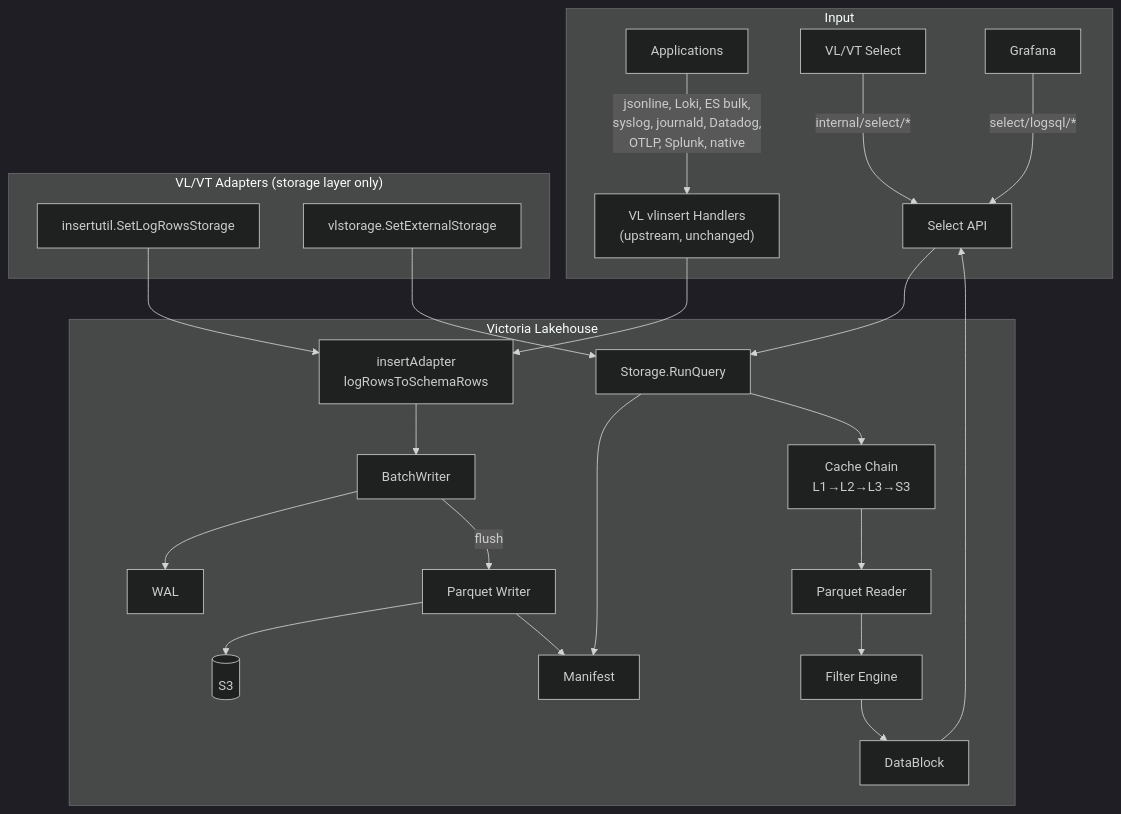
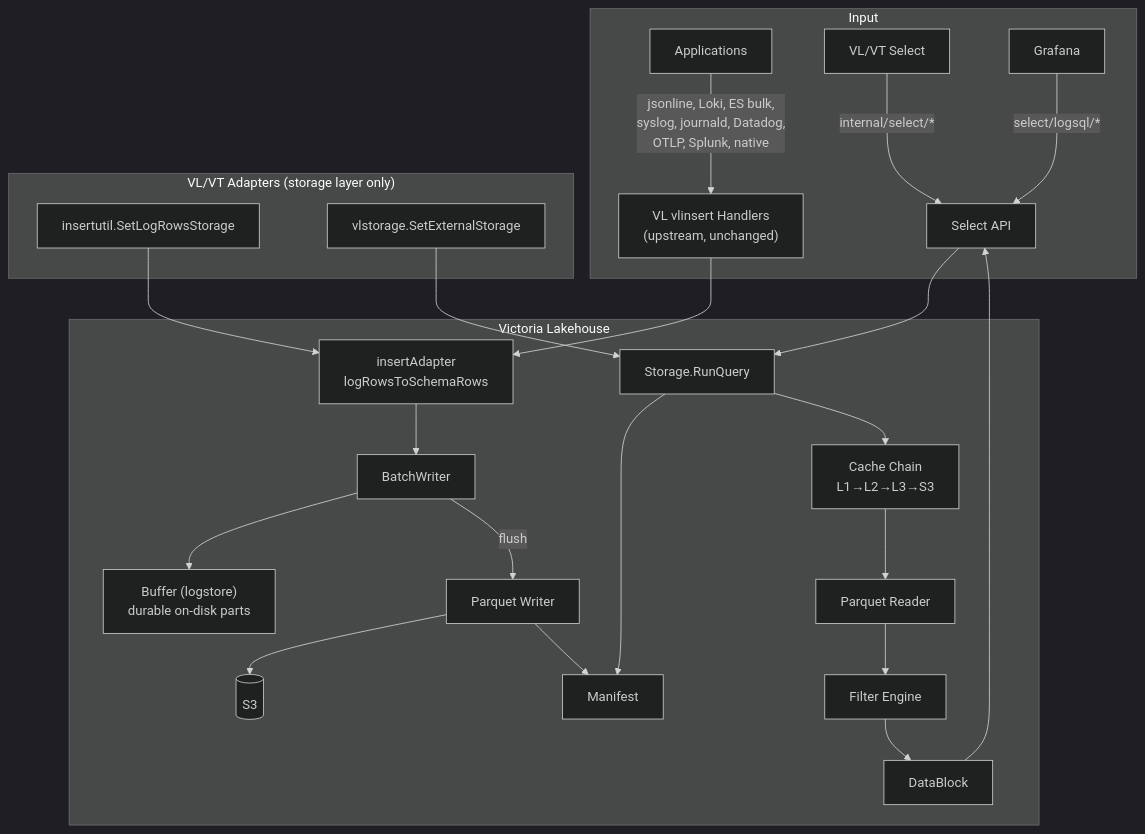
One commit to ReliablyObserve/victoria-lakehouse changed the first of 17 diagrams in docs/storage-flow.md. Above: the diagram before and after it, drawn with Mermaid (dark theme). The commit also changed other lines of this file and 5 other files, not shown here.

````diff
--- a/docs/storage-flow.md
+++ b/docs/storage-flow.md
@@ -12,30 +12,30 @@
 ```mermaid
 graph TD
     subgraph Input
         APP[Applications] -->|"jsonline, Loki, ES bulk,<br/>syslog, journald, Datadog,<br/>OTLP, Splunk, native"| INS["VL vlinsert Handlers<br/>(upstream, unchanged)"]
         VL["VL/VT Select"] -->|"internal/select/*"| SEL[Select API]
         GF[Grafana] -->|"select/logsql/*"| SEL
     end
 
     subgraph Victoria Lakehouse
         INS --> INSAD["insertAdapter<br/>logRowsToSchemaRows"]
         INSAD --> BW[BatchWriter]
-        BW --> WAL[WAL]
+        BW --> BUF["Buffer (logstore)<br/>durable on-disk parts"]
         BW -->|flush| PQ[Parquet Writer]
         PQ --> S3[(S3)]
         PQ --> MAN[Manifest]
 
         SEL --> STOR[Storage.RunQuery]
         STOR --> MAN
         STOR --> CACHE[Cache Chain<br/>L1→L2→L3→S3]
         CACHE --> PQR[Parquet Reader]
         PQR --> FILT[Filter Engine]
         FILT --> DB[DataBlock]
         DB --> SEL
     end
 
     subgraph "VL/VT Adapters (storage layer only)"
         VLIAD["insertutil.SetLogRowsStorage"] --> INSAD
         VLAD[vlstorage.SetExternalStorage] --> STOR
     end
 ```
````
